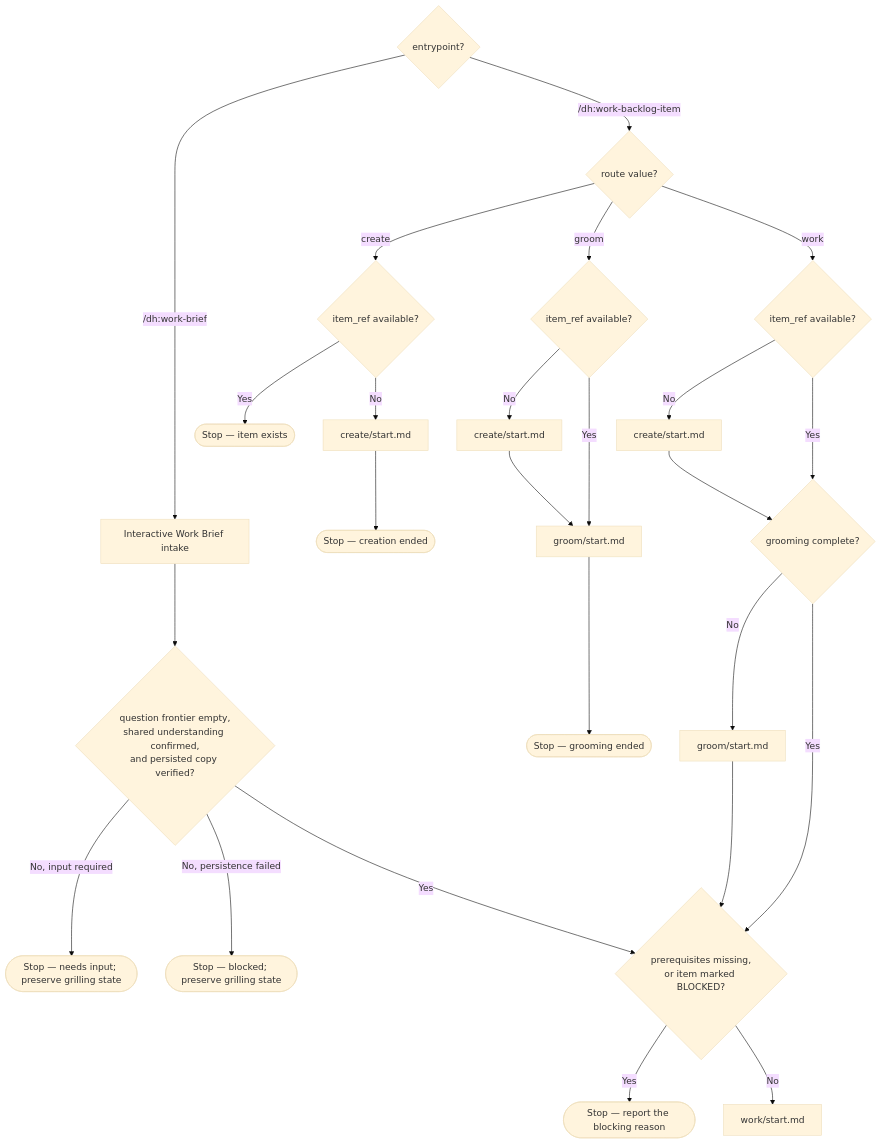
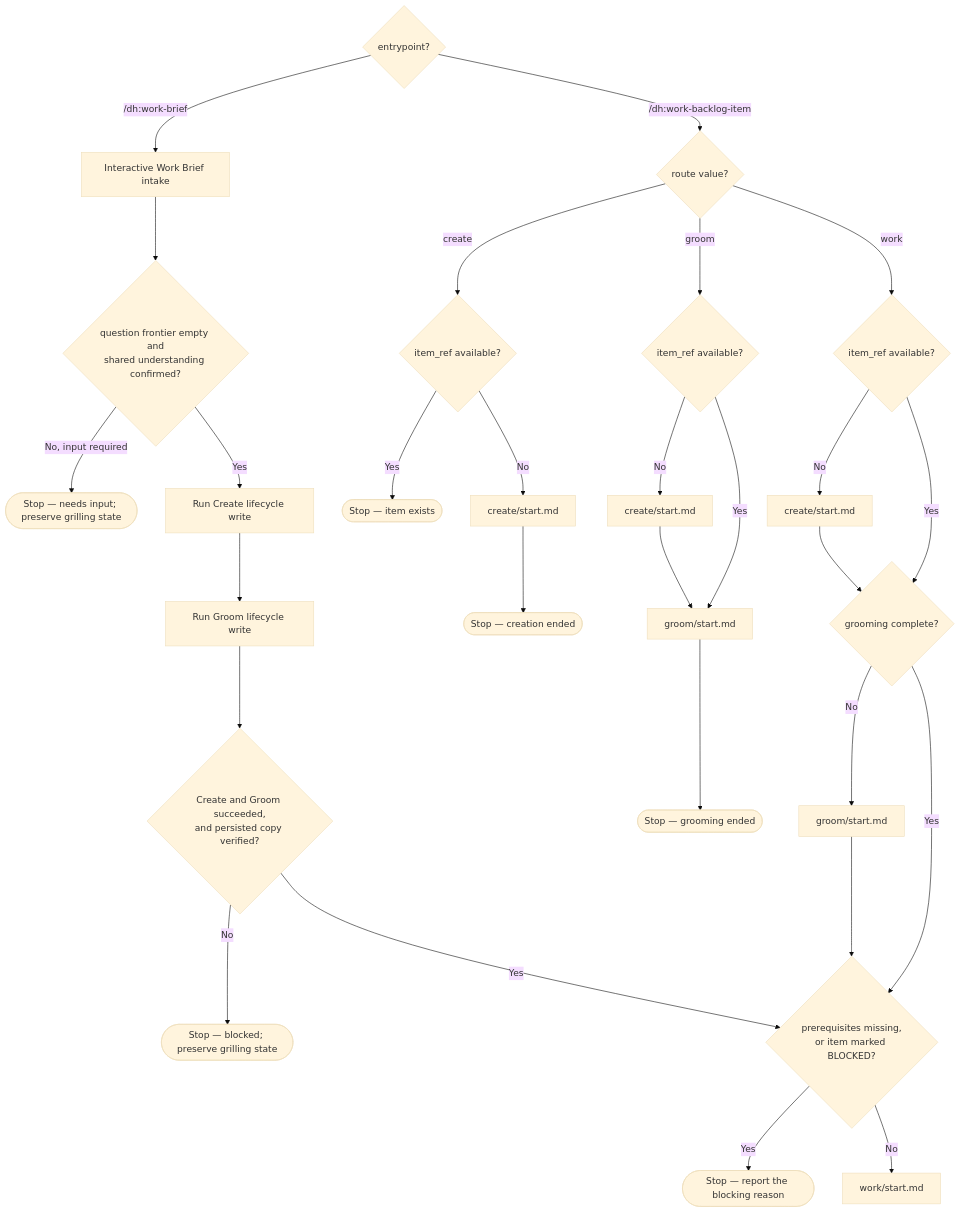
One commit to Jamie-BitFlight/claude_skills changed the second of 2 diagrams in plugins/development-harness/docs/backlog-lifecycle.md. Above: the diagram before and after it, drawn with Mermaid (base theme). The commit also changed other lines of this file and 4 other files, not shown here.

Commit message:
docs(dh): clarify work brief lifecycle contracts

````diff
--- a/plugins/development-harness/docs/backlog-lifecycle.md
+++ b/plugins/development-harness/docs/backlog-lifecycle.md
@@ -134,32 +138,35 @@
 ```mermaid
 flowchart TD
     Entry{"entrypoint?"}
     Entry -->|/dh:work-brief| BriefIntake["Interactive Work Brief intake"]
-    BriefIntake --> BriefReady{"question frontier empty,<br>shared understanding confirmed,<br>and persisted copy verified?"}
+    BriefIntake --> BriefReady{"question frontier empty and<br>shared understanding confirmed?"}
     BriefReady -->|No, input required| BriefInput(["Stop — needs input; preserve grilling state"])
-    BriefReady -->|No, persistence failed| BriefBlocked(["Stop — blocked; preserve grilling state"])
-    BriefReady -->|Yes| WorkGate
+    BriefReady -->|Yes| BriefCreate["Run Create lifecycle write"]
+    BriefCreate --> BriefGroom["Run Groom lifecycle write"]
+    BriefGroom --> BriefPersisted{"Create and Groom succeeded,<br>and persisted copy verified?"}
+    BriefPersisted -->|No| BriefBlocked(["Stop — blocked; preserve grilling state"])
+    BriefPersisted -->|Yes| WorkGate
     Entry -->|/dh:work-backlog-item| Route
 
     Route{"route value?"}
     Route -->|create| CreateRef{"item_ref available?"}
     CreateRef -->|Yes| CreateSkip(["Stop — item exists"])
     CreateRef -->|No| Create["create/start.md"]
     Create --> CreateEnd(["Stop — creation ended"])
 
     Route -->|groom| GroomRef{"item_ref available?"}
     GroomRef -->|No| GroomCreate["create/start.md"]
     GroomCreate --> Groom
     GroomRef -->|Yes| Groom["groom/start.md"]
     Groom --> GroomEnd(["Stop — grooming ended"])
 
     Route -->|work| WorkRef{"item_ref available?"}
     WorkRef -->|No| WorkCreate["create/start.md"]
     WorkCreate --> WorkGroomed
     WorkRef -->|Yes| WorkGroomed{"grooming complete?"}
     WorkGroomed -->|No| WorkGroom["groom/start.md"]
     WorkGroom --> WorkGate
     WorkGroomed -->|Yes| WorkGate{"prerequisites missing,<br>or item marked BLOCKED?"}
     WorkGate -->|Yes| WorkStop(["Stop — report the blocking reason"])
     WorkGate -->|No| Work["work/start.md"]
 ```
````
